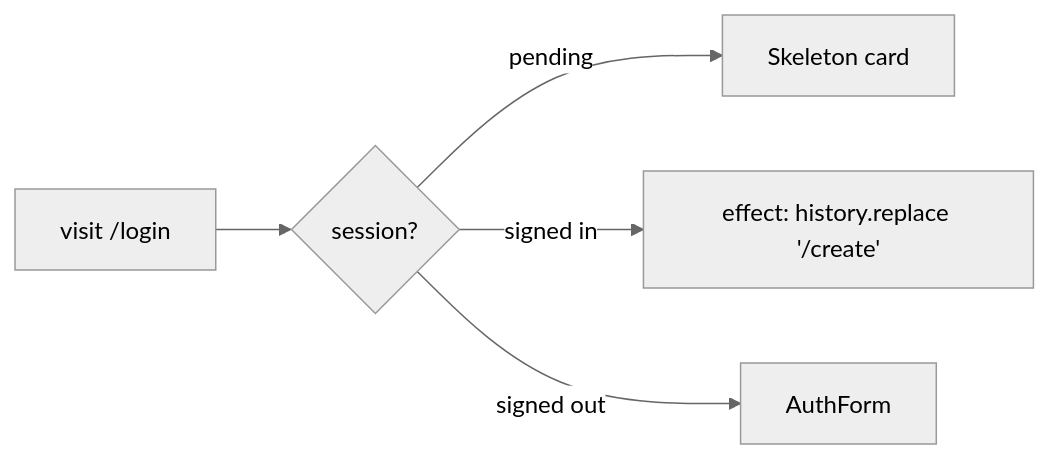
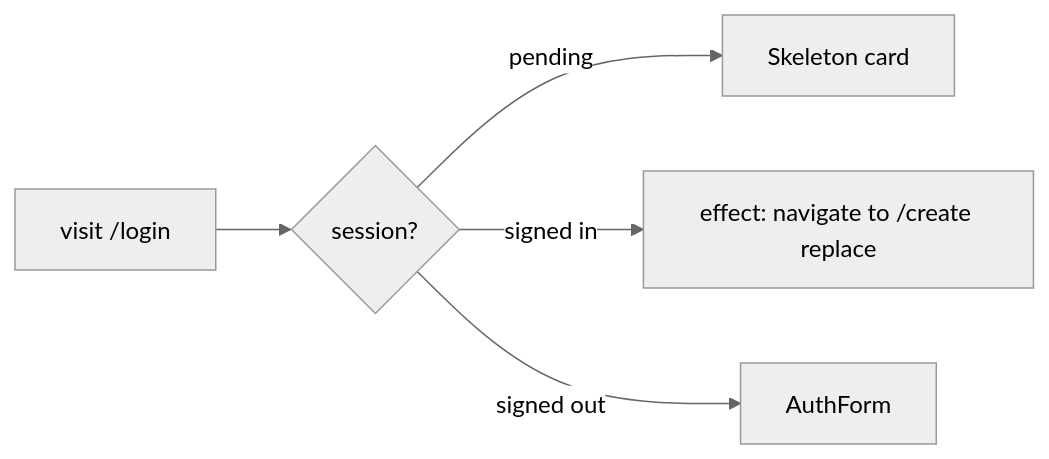
Before and after one commit to AzamatRaimbekov2/openCreate: the diagram in apps/web/src/routes/login.tsx.md, drawn with Mermaid (neutral theme). The commit also changed other lines of this file and 37 other files, not shown here.

````diff
--- a/apps/web/src/routes/login.tsx.md
+++ b/apps/web/src/routes/login.tsx.md
@@ -29,7 +29,7 @@
 ```mermaid
 flowchart LR
   V[visit /login] --> S{session?}
   S -->|pending| SK[Skeleton card]
-  S -->|signed in| NAV[effect: history.replace '/create']
+  S -->|signed in| NAV[effect: navigate to /create replace]
   S -->|signed out| AF[AuthForm]
 ```
````
